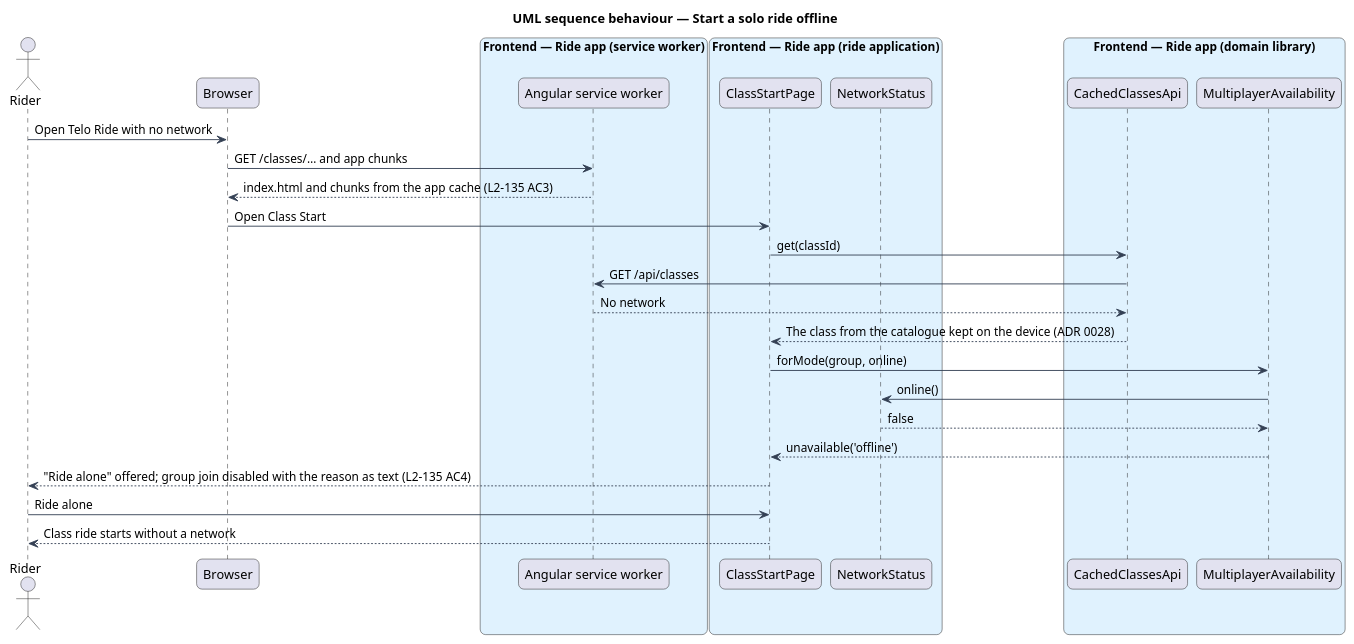
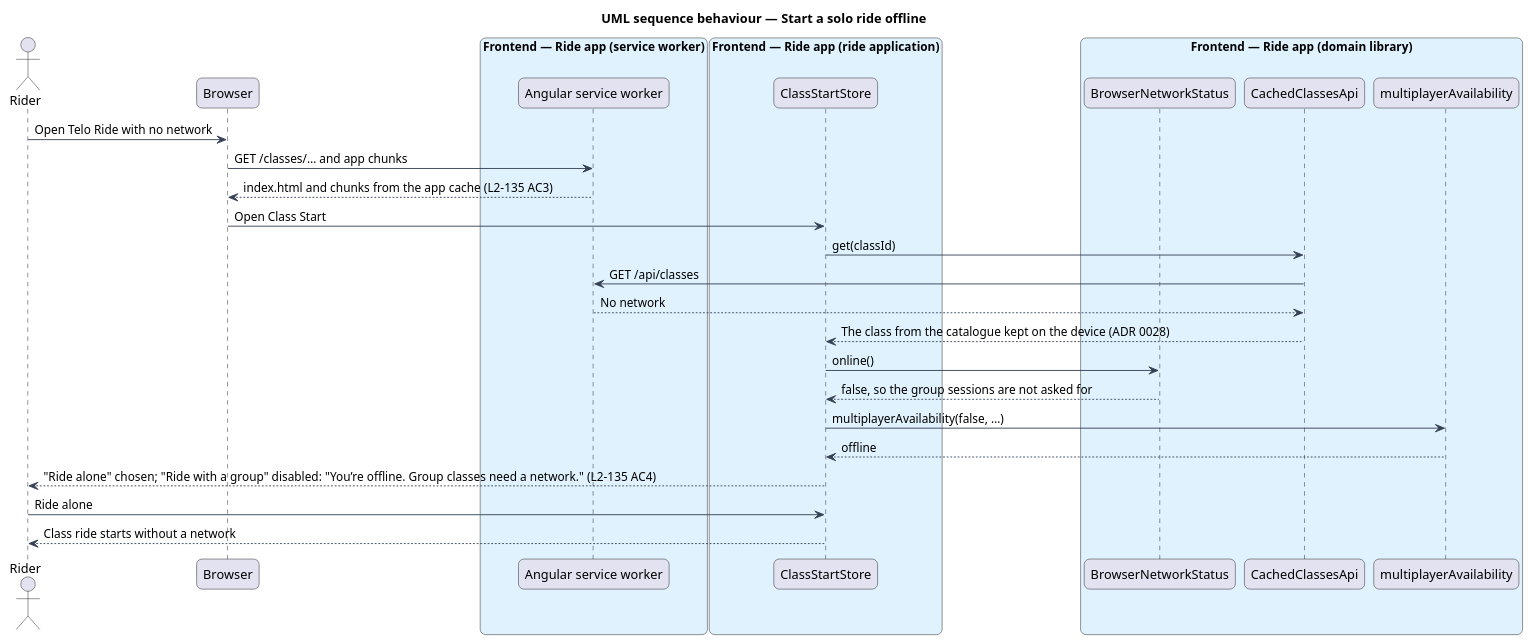
The diagram in docs/detailed-designs/performance/ride-without-a-network/diagrams/sequence-start-offline.puml (QuinntyneBrown/wattzup), drawn with PlantUML before and after one commit. The commit also changed 11 other files, not shown here.

```diff
--- a/docs/detailed-designs/performance/ride-without-a-network/diagrams/sequence-start-offline.puml
+++ b/docs/detailed-designs/performance/ride-without-a-network/diagrams/sequence-start-offline.puml
@@ -1,45 +1,45 @@
 @startuml
 title UML sequence behaviour — Start a solo ride offline
 skinparam backgroundColor #FFFFFF
 skinparam shadowing false
 skinparam roundcorner 12
 skinparam defaultFontName Arial
 skinparam ArrowColor #344054
 skinparam rectangle {
   BorderColor #344054
   FontColor #101828
 }
 skinparam package {
   BorderColor #667085
   FontColor #101828
   BackgroundColor #F9FAFB
 }
 actor "Rider" as actor
 participant "Browser" as browser
 box "Frontend — Ride app (service worker)" #E0F2FE
   participant "Angular service worker" as sw
 end box
 box "Frontend — Ride app (ride application)" #E0F2FE
-  participant "ClassStartPage" as page
-  participant "NetworkStatus" as net
+  participant "ClassStartStore" as page
 end box
 box "Frontend — Ride app (domain library)" #E0F2FE
+  participant "BrowserNetworkStatus" as net
   participant "CachedClassesApi" as classes
-  participant "MultiplayerAvailability" as avail
+  participant "multiplayerAvailability" as avail
 end box
 actor -> browser : Open Telo Ride with no network
 browser -> sw : GET /classes/… and app chunks
 sw --> browser : index.html and chunks from the app cache (L2-135 AC3)
 browser -> page : Open Class Start
 page -> classes : get(classId)
 classes -> sw : GET /api/classes
 sw --> classes : No network
 classes --> page : The class from the catalogue kept on the device (ADR 0028)
-page -> avail : forMode(group, online)
-avail -> net : online()
-net --> avail : false
-avail --> page : unavailable('offline')
-page --> actor : "Ride alone" offered; group join disabled with the reason as text (L2-135 AC4)
+page -> net : online()
+net --> page : false, so the group sessions are not asked for
+page -> avail : multiplayerAvailability(false, …)
+avail --> page : offline
+page --> actor : "Ride alone" chosen; "Ride with a group" disabled: "You’re offline. Group classes need a network." (L2-135 AC4)
 actor -> page : Ride alone
 page --> actor : Class ride starts without a network
 @enduml
```
